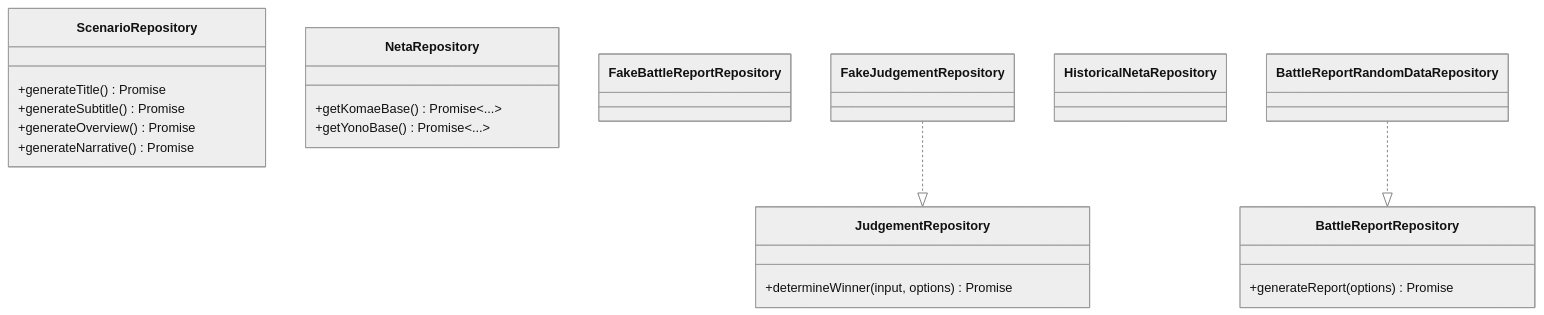
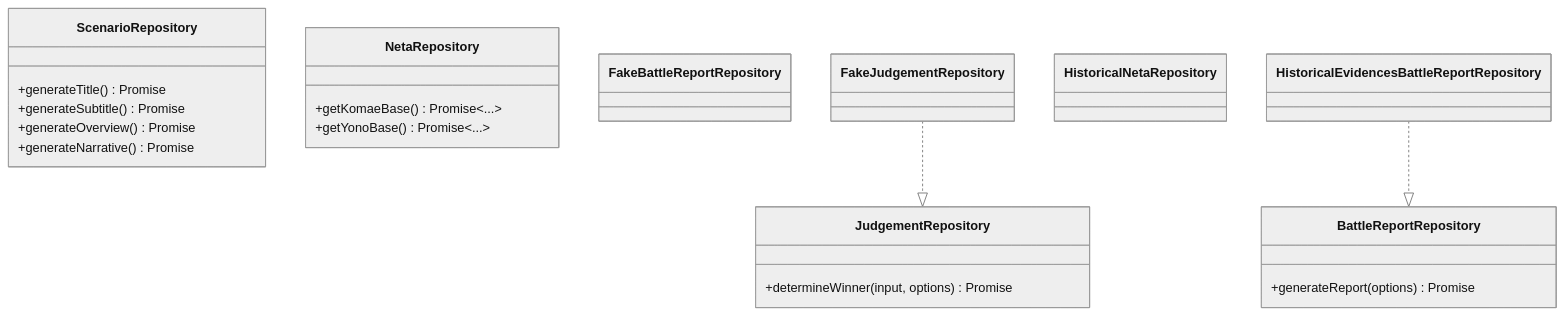
Before and after one commit to F88/yonokomae: the second of 2 diagrams in docs/DEVELOPMENT_JA.md, drawn with Mermaid (neutral theme). The commit also changed other lines of this file and 19 other files, not shown here.

````diff
--- a/docs/DEVELOPMENT_JA.md
+++ b/docs/DEVELOPMENT_JA.md
@@ -144,26 +149,26 @@
 ```mermaid
 classDiagram
   class BattleReportRepository {
     +generateReport(options) Promise<Battle>
   }
   class JudgementRepository {
     +determineWinner(input, options) Promise<Verdict>
   }
   class ScenarioRepository {
     +generateTitle() Promise<string>
     +generateSubtitle() Promise<string>
     +generateOverview() Promise<string>
     +generateNarrative() Promise<string>
   }
   class NetaRepository {
     +getKomaeBase() Promise<...>
     +getYonoBase() Promise<...>
   }
   class FakeBattleReportRepository
   class FakeJudgementRepository
   class HistoricalNetaRepository
 
-  BattleReportRandomDataRepository ..|> BattleReportRepository
+    HistoricalEvidencesBattleReportRepository ..|> BattleReportRepository
   FakeJudgementRepository ..|> JudgementRepository
     %% NetaRepository は現在、random-data seeds をヘルパ関数経由で供給
 ```
````
